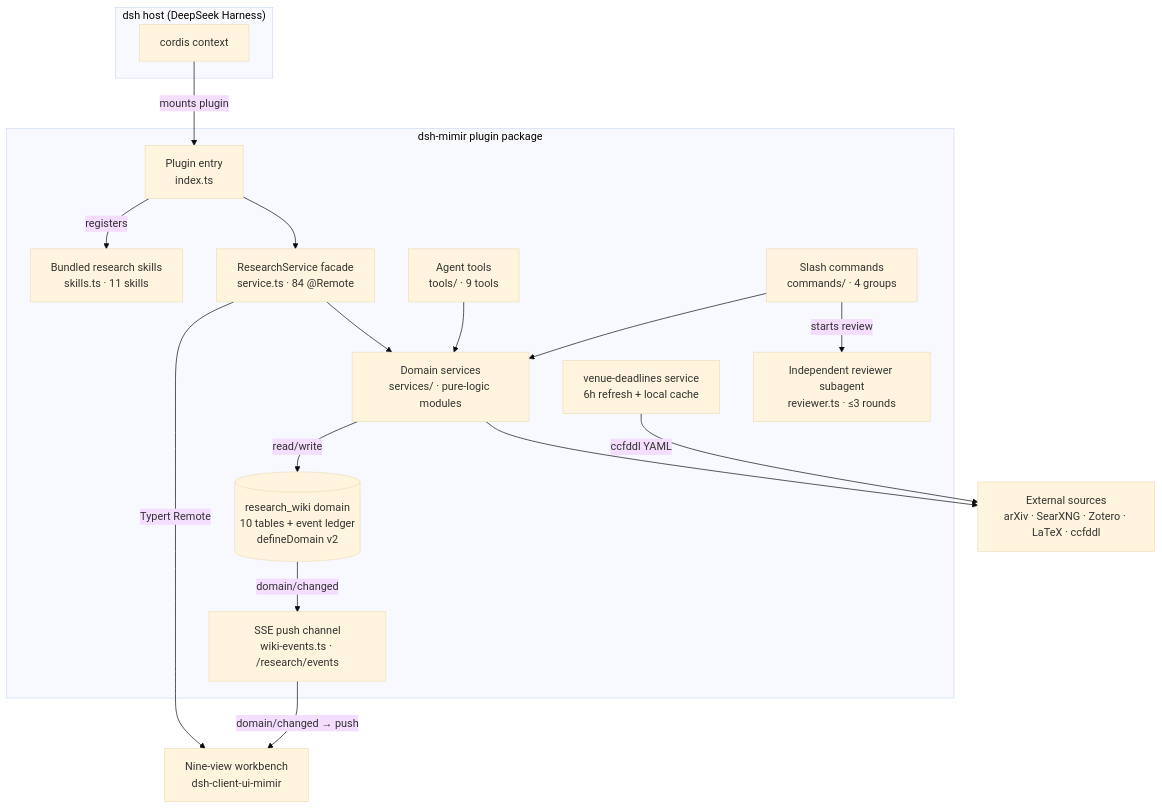
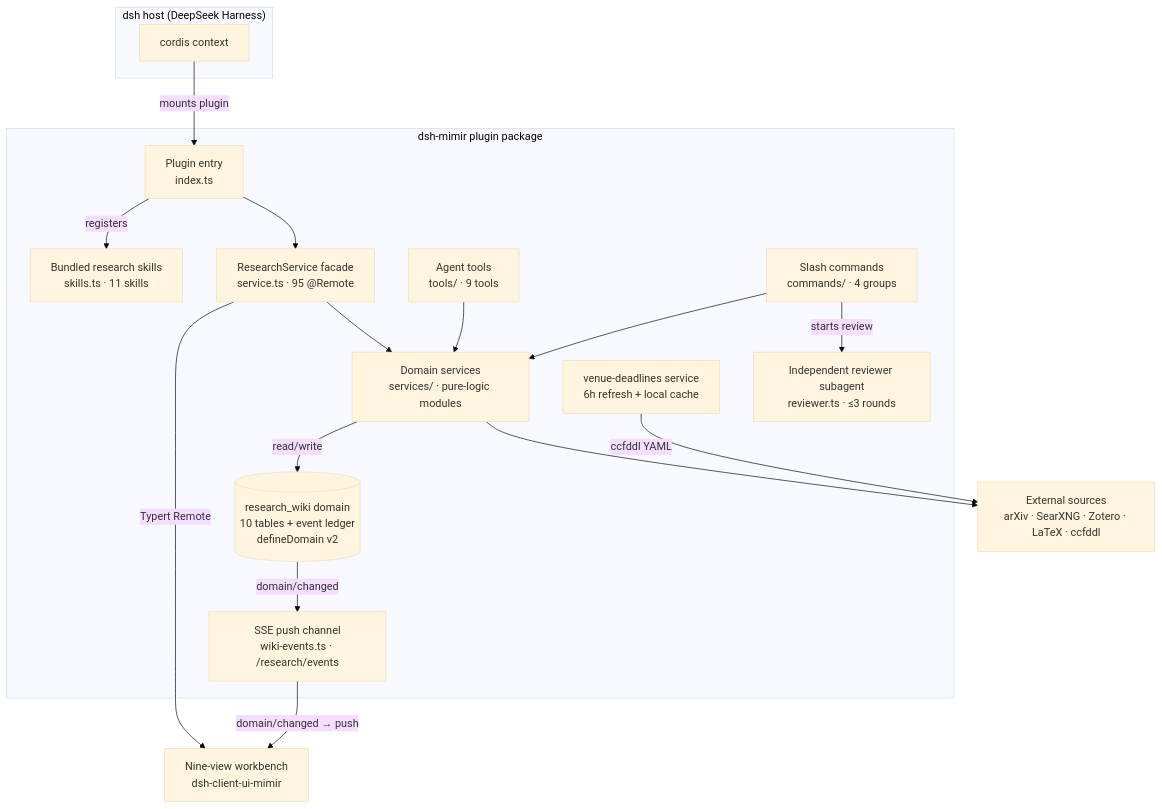
One commit to 1692775560/dsh-Mimir-Academic-research changed the diagram in docs/architecture.md. Above: the diagram before and after it, drawn with Mermaid (base theme). The commit also changed other lines of this file and 6 other files, not shown here.

````diff
--- a/docs/architecture.md
+++ b/docs/architecture.md
@@ -10,36 +10,36 @@
 ```mermaid
 flowchart TB
     subgraph Host["dsh host (DeepSeek Harness)"]
         CTX[cordis context]
     end
 
     subgraph Pkg["dsh-mimir plugin package"]
         ENTRY["Plugin entry<br/>index.ts"]
-        FACADE["ResearchService facade<br/>service.ts · 84 @Remote"]
+        FACADE["ResearchService facade<br/>service.ts · 95 @Remote"]
         SVC["Domain services<br/>services/ · pure-logic modules"]
         WIKI[("research_wiki domain<br/>10 tables + event ledger<br/>defineDomain v2")]
         SKILLS["Bundled research skills<br/>skills.ts · 11 skills"]
         TOOLS["Agent tools<br/>tools/ · 9 tools"]
         CMDS["Slash commands<br/>commands/ · 4 groups"]
         REV["Independent reviewer subagent<br/>reviewer.ts · ≤3 rounds"]
         SSE["SSE push channel<br/>wiki-events.ts · /research/events"]
         VENUE["venue-deadlines service<br/>6h refresh + local cache"]
     end
 
     UI["Nine-view workbench<br/>dsh-client-ui-mimir"]
     EXT["External sources<br/>arXiv · SearXNG · Zotero · LaTeX · ccfddl"]
 
     CTX -->|mounts plugin| ENTRY
     ENTRY -->|registers| SKILLS
     ENTRY --> FACADE
     FACADE -->|Typert Remote| UI
     SSE -->|domain/changed → push| UI
     FACADE --> SVC
     SVC -->|read/write| WIKI
     WIKI -->|domain/changed| SSE
     TOOLS --> SVC
     CMDS --> SVC
     CMDS -->|starts review| REV
     SVC --> EXT
     VENUE -->|ccfddl YAML| EXT
 ```
````
